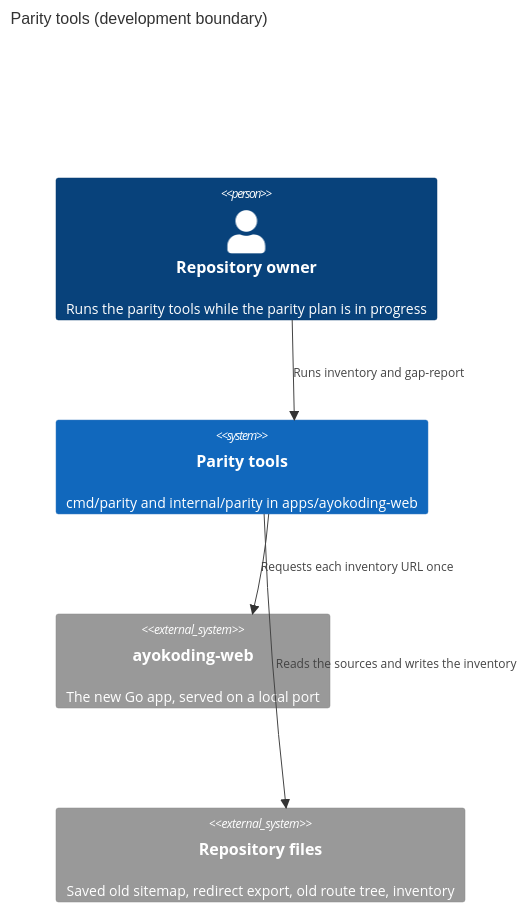
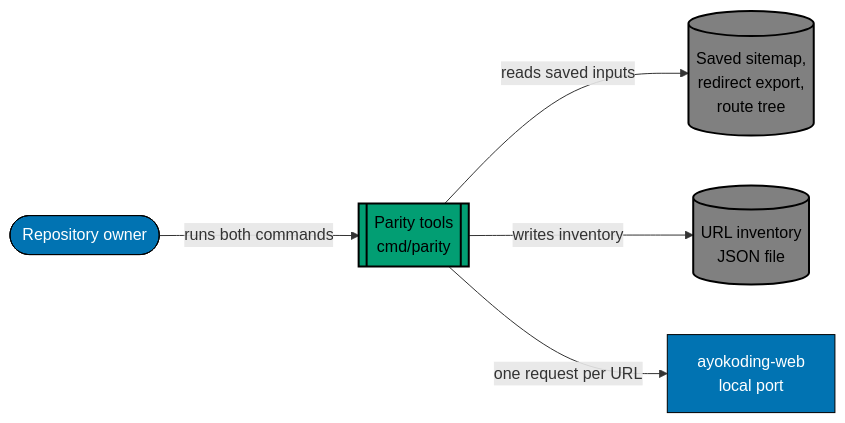
Before and after one commit to wahidyankf/ose-public: the diagram in specs/apps/ayokoding/web/architecture.md, drawn with Mermaid.

Commit message:
docs(ayokoding-web): draw the parity tools context as a flowchart
The C4Context diagram is not an allowed Mermaid type in repo-config.yml,
so md-mermaid failed on the pull request. Redraw the same context as a
flowchart in the repository palette, with accTitle, accDescr, and the
default class, as the other architecture diagrams do.

````diff
--- a/specs/apps/ayokoding/web/architecture.md
+++ b/specs/apps/ayokoding/web/architecture.md
@@ -31,11 +31,15 @@
 ```mermaid
-C4Context
-  title Parity tools (development boundary)
-  Person(owner, "Repository owner", "Runs the parity tools while the parity plan is in progress")
-  System(parity, "Parity tools", "cmd/parity and internal/parity in apps/ayokoding-web")
-  System_Ext(app, "ayokoding-web", "The new Go app, served on a local port")
-  System_Ext(files, "Repository files", "Saved old sitemap, redirect export, old route tree, inventory")
-  Rel(owner, parity, "Runs inventory and gap-report")
-  Rel(parity, files, "Reads the sources and writes the inventory")
-  Rel(parity, app, "Requests each inventory URL once")
+%% Color palette: Blue #0173B2, Teal #029E73, Gray #808080. Text is white on blue and black on teal and gray.
+flowchart LR
+    accTitle: Parity tools development boundary
+    accDescr: The repository owner runs the parity tools. The tools read the saved sitemap, the redirect export, and the route tree, and write the URL inventory. They also send one request per inventory URL to the new app on a local port.
+    OWNER(["Repository owner"]) -->|runs both commands| PARITY[["Parity tools<br/>cmd/parity"]]
+    PARITY -->|reads saved inputs| SOURCES[("Saved sitemap,<br/>redirect export,<br/>route tree")]
+    PARITY -->|writes inventory| INVENTORY[("URL inventory<br/>JSON file")]
+    PARITY -->|one request per URL| APP["ayokoding-web<br/>local port"]
+    classDef default fill:#0173B2,stroke:#000000,color:#FFFFFF
+    classDef teal fill:#029E73,stroke:#000000,color:#000000,stroke-width:2px
+    classDef gray fill:#808080,stroke:#000000,color:#000000,stroke-width:2px
+    class PARITY teal
+    class SOURCES,INVENTORY gray
 ```
````
